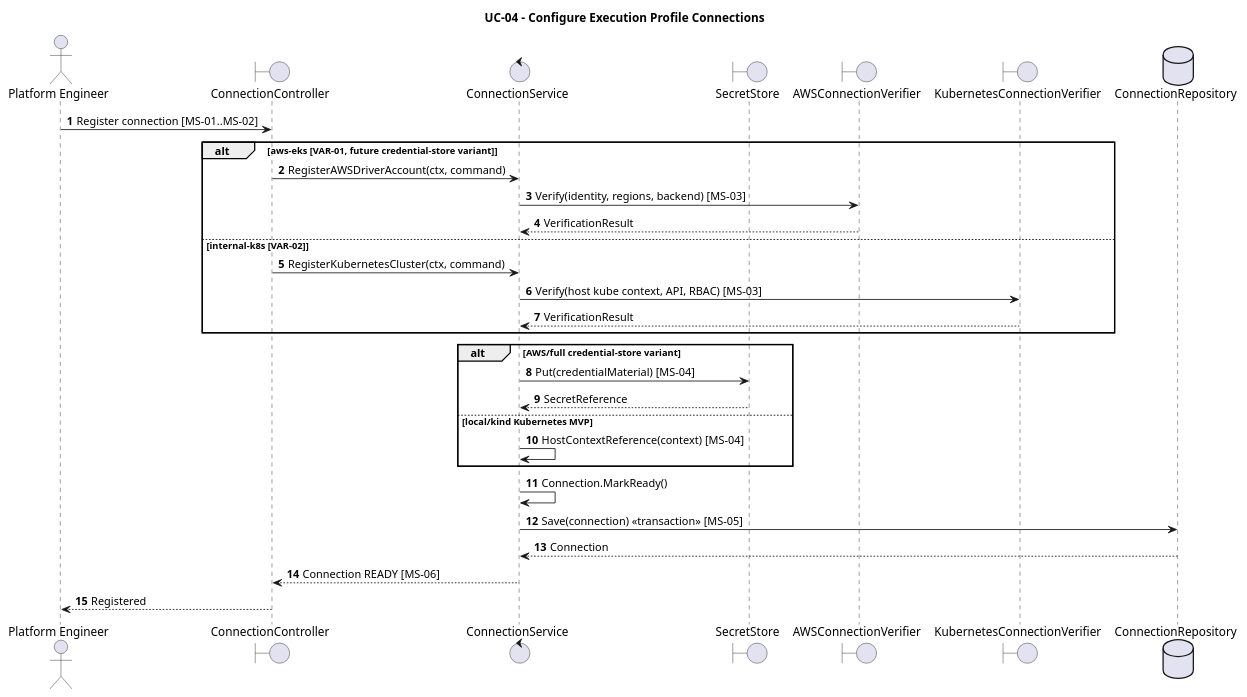
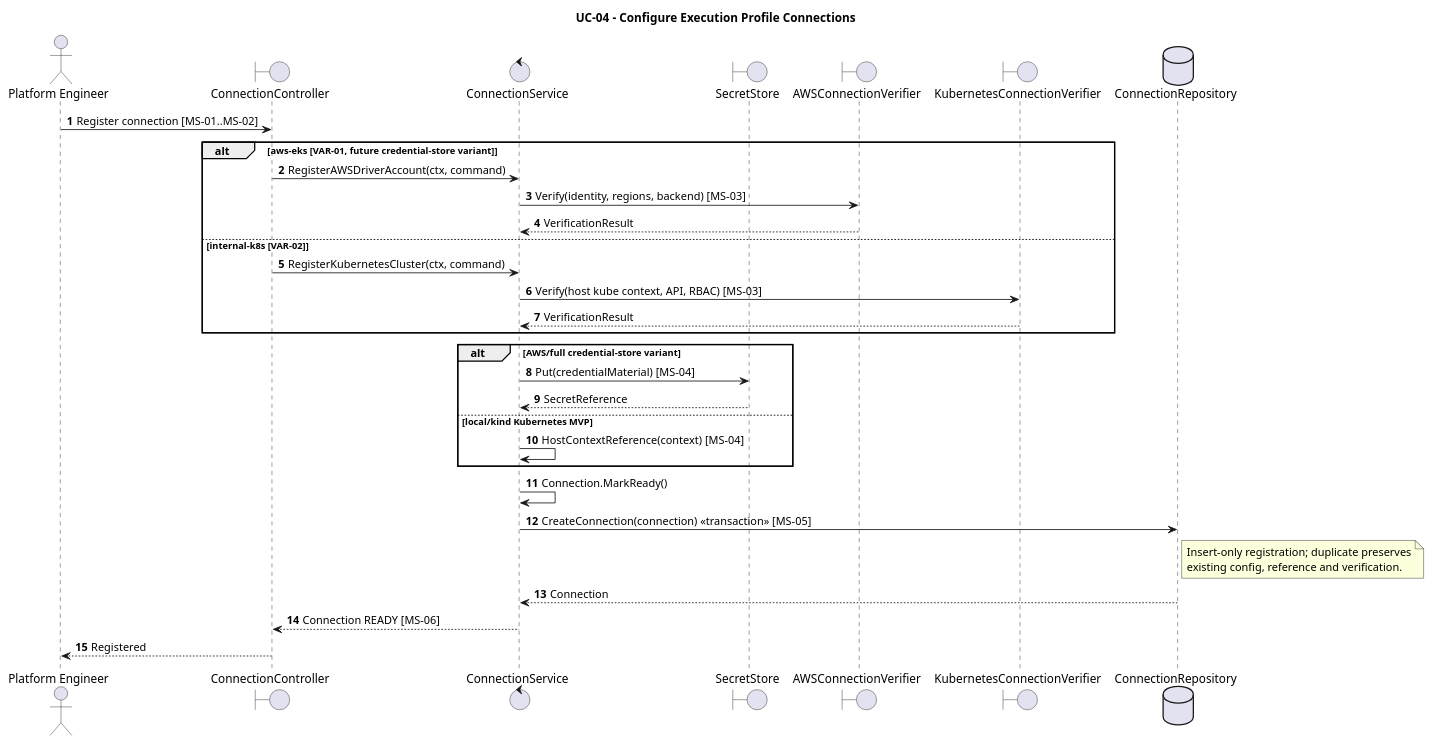
One commit to pr3s3nt/poc changed the diagram in orchestrator_docs/usecase/UC-04/sequence.puml. Above: the diagram before and after it, drawn with PlantUML. The commit also changed 51 other files, not shown here.

```diff
--- a/orchestrator_docs/usecase/UC-04/sequence.puml
+++ b/orchestrator_docs/usecase/UC-04/sequence.puml
@@ -1,33 +1,37 @@
 @startuml
 title UC-04 - Configure Execution Profile Connections
 autonumber
 actor "Platform Engineer" as PE
 boundary ConnectionController as API
 control ConnectionService as Service
 boundary SecretStore as Secrets
 boundary AWSConnectionVerifier as AWS
 boundary KubernetesConnectionVerifier as K8s
 database ConnectionRepository as Repo
 
 PE -> API: Register connection [MS-01..MS-02]
 alt aws-eks [VAR-01, future credential-store variant]
   API -> Service: RegisterAWSDriverAccount(ctx, command)
   Service -> AWS: Verify(identity, regions, backend) [MS-03]
   AWS --> Service: VerificationResult
 else internal-k8s [VAR-02]
   API -> Service: RegisterKubernetesCluster(ctx, command)
   Service -> K8s: Verify(host kube context, API, RBAC) [MS-03]
   K8s --> Service: VerificationResult
 end
 alt AWS/full credential-store variant
   Service -> Secrets: Put(credentialMaterial) [MS-04]
   Secrets --> Service: SecretReference
 else local/kind Kubernetes MVP
   Service -> Service: HostContextReference(context) [MS-04]
 end
 Service -> Service: Connection.MarkReady()
-Service -> Repo: Save(connection) <<transaction>> [MS-05]
+Service -> Repo: CreateConnection(connection) <<transaction>> [MS-05]
+note right of Repo
+Insert-only registration; duplicate preserves
+existing config, reference and verification.
+end note
 Repo --> Service: Connection
 Service --> API: Connection READY [MS-06]
 API --> PE: Registered
 @enduml
```
